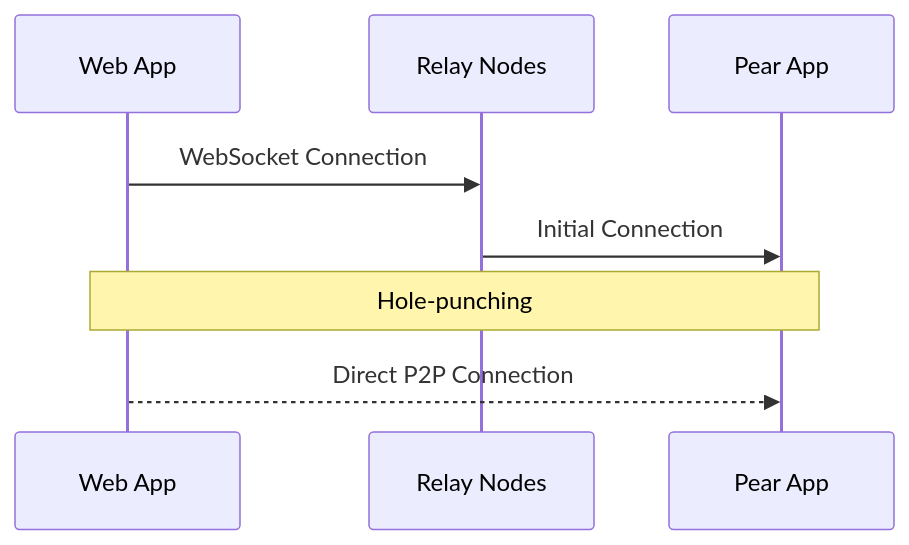
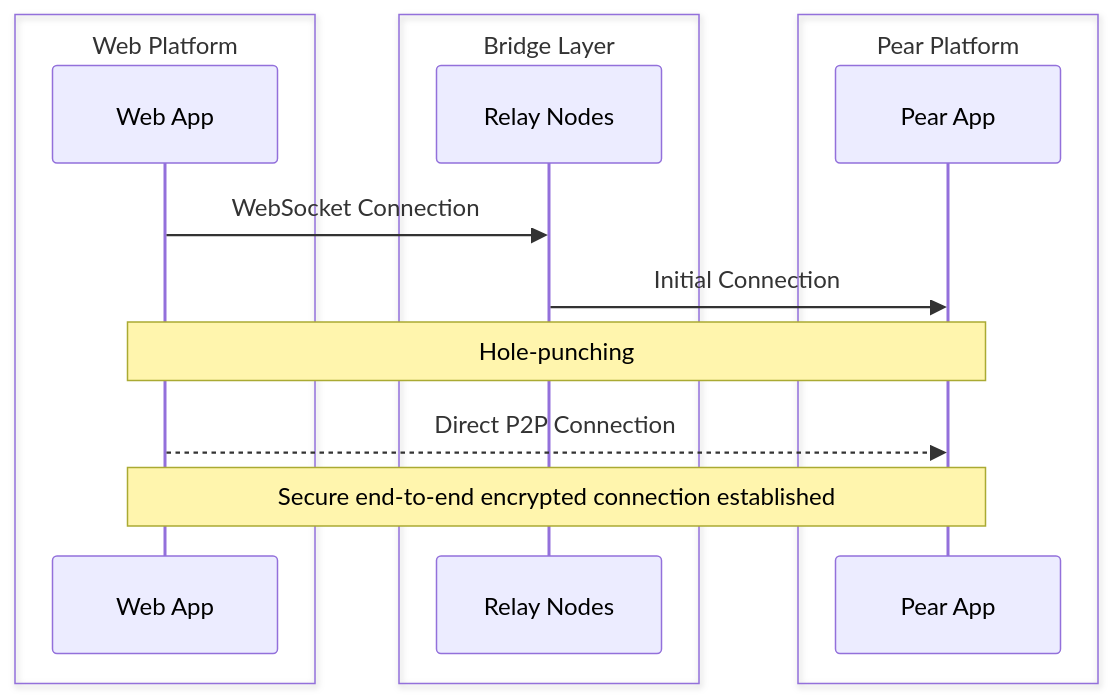
The fifth of 5 diagrams in README.md (Jitpomi/hyperswarm-web), drawn with Mermaid before and after one commit. The commit also changed other lines of this file, not shown here.

Commit message:
network flow sequence diagrams to use colors that match our established color scheme. While Mermaid sequence diagrams don't support the same styling as flowcharts, we can use actor boxes and notes to maintain visual consistency.

````diff
--- a/README.md
+++ b/README.md
@@ -121,11 +129,19 @@
 ```mermaid
 sequenceDiagram
+    box Web Platform #ffe7e7
     participant Web as Web App
+    end
+    box Bridge Layer #fff3d4
     participant Relay as Relay Nodes
+    end
+    box Pear Platform #d4e6ff
     participant Pear as Pear App
+    end
     
     Web->>Relay: WebSocket Connection
     Relay->>Pear: Initial Connection
     Note over Web,Pear: Hole-punching
     Web-->>Pear: Direct P2P Connection
+    
+    Note over Web,Pear: Secure end-to-end encrypted connection established
 ```
````
